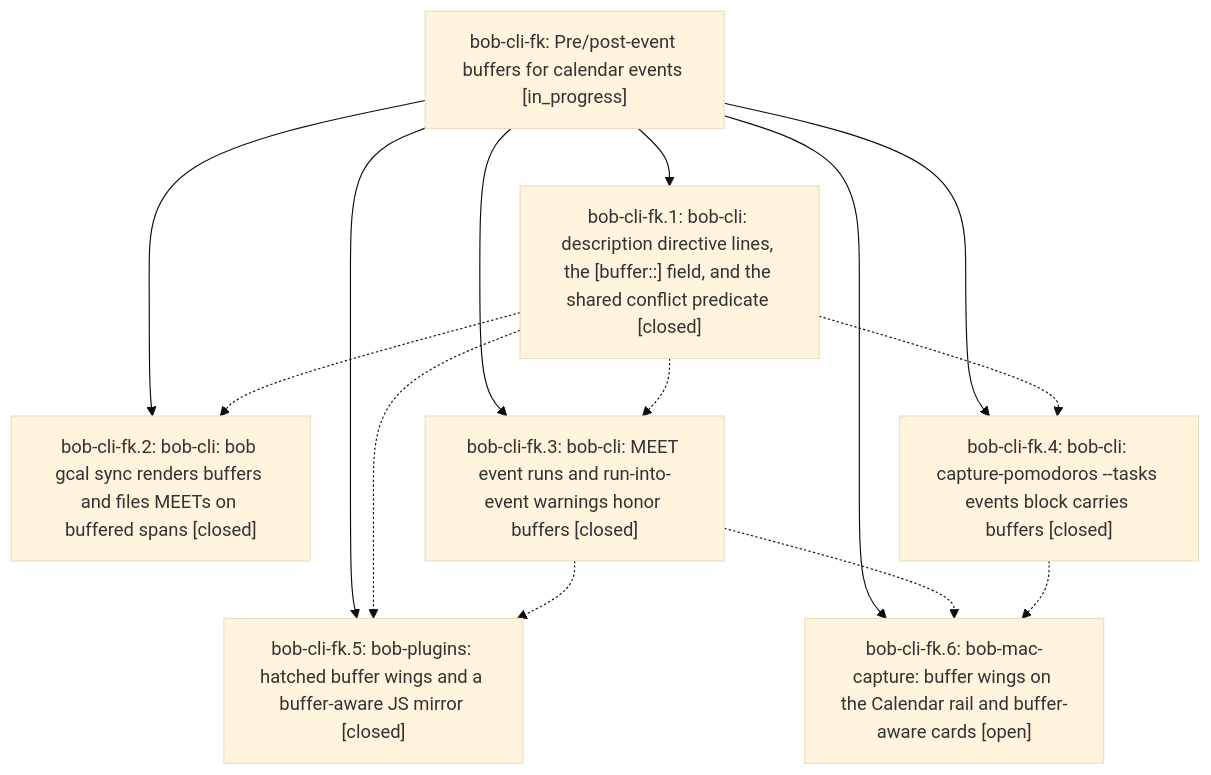
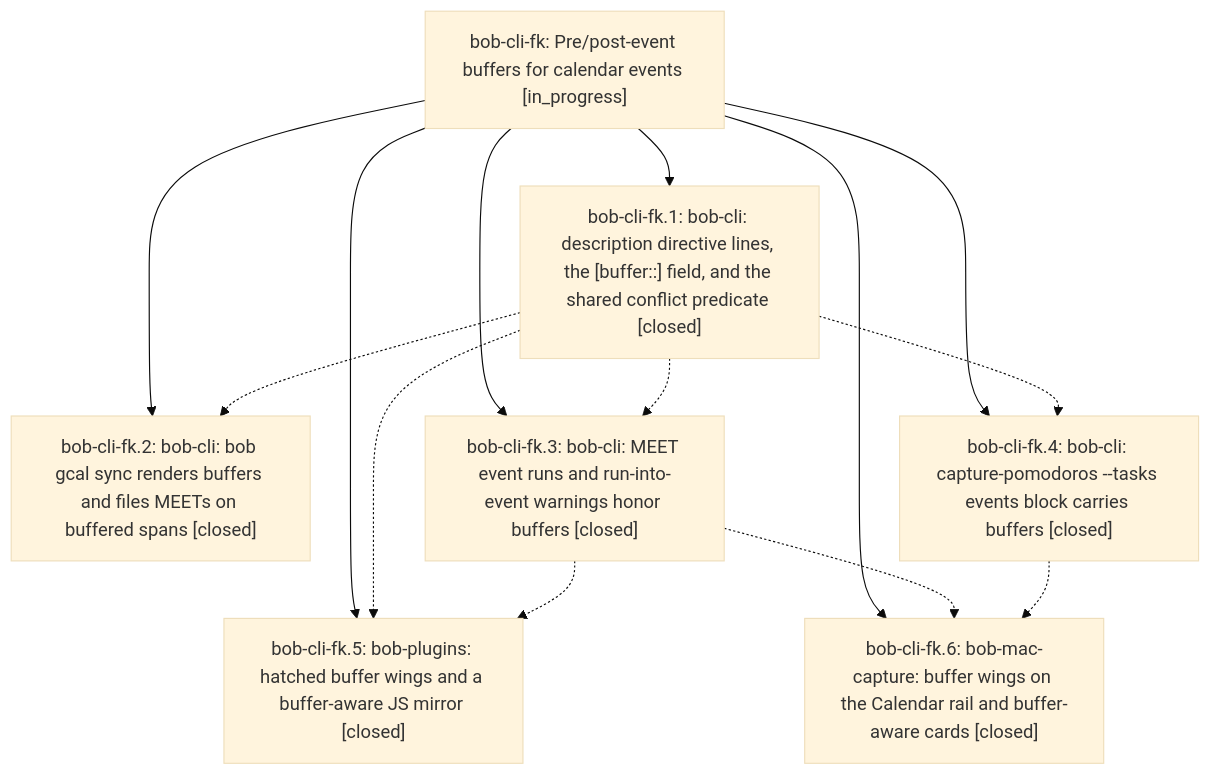
Before and after one commit to bobs-org/bob-cli--beads: the diagram in pages/bob-cli-fk/README.md, drawn with Mermaid (base theme). The commit also changed other lines of this file and 4 other files, not shown here.

First line of the commit message:
chore(beads): sync bead state and pages for bob-cli-fk

````diff
--- a/pages/bob-cli-fk/README.md
+++ b/pages/bob-cli-fk/README.md
@@ -39,23 +39,23 @@
 ```mermaid
 flowchart TD
     n0["bob-cli-fk: Pre/post-event buffers for calendar events [in_progress]"]
     n1["bob-cli-fk.1: bob-cli: description directive lines, the [buffer::] field, and the shared conflict predicate [closed]"]
     n2["bob-cli-fk.2: bob-cli: bob gcal sync renders buffers and files MEETs on buffered spans [closed]"]
     n3["bob-cli-fk.3: bob-cli: MEET event runs and run-into-event warnings honor buffers [closed]"]
     n4["bob-cli-fk.4: bob-cli: capture-pomodoros --tasks events block carries buffers [closed]"]
     n5["bob-cli-fk.5: bob-plugins: hatched buffer wings and a buffer-aware JS mirror [closed]"]
-    n6["bob-cli-fk.6: bob-mac-capture: buffer wings on the Calendar rail and buffer-aware cards [open]"]
+    n6["bob-cli-fk.6: bob-mac-capture: buffer wings on the Calendar rail and buffer-aware cards [closed]"]
     n0 --> n1
     n0 --> n2
     n0 --> n3
     n0 --> n4
     n0 --> n5
     n0 --> n6
     n1 -.-> n2
     n1 -.-> n3
     n1 -.-> n4
     n1 -.-> n5
     n3 -.-> n5
     n3 -.-> n6
     n4 -.-> n6
 ```
````
